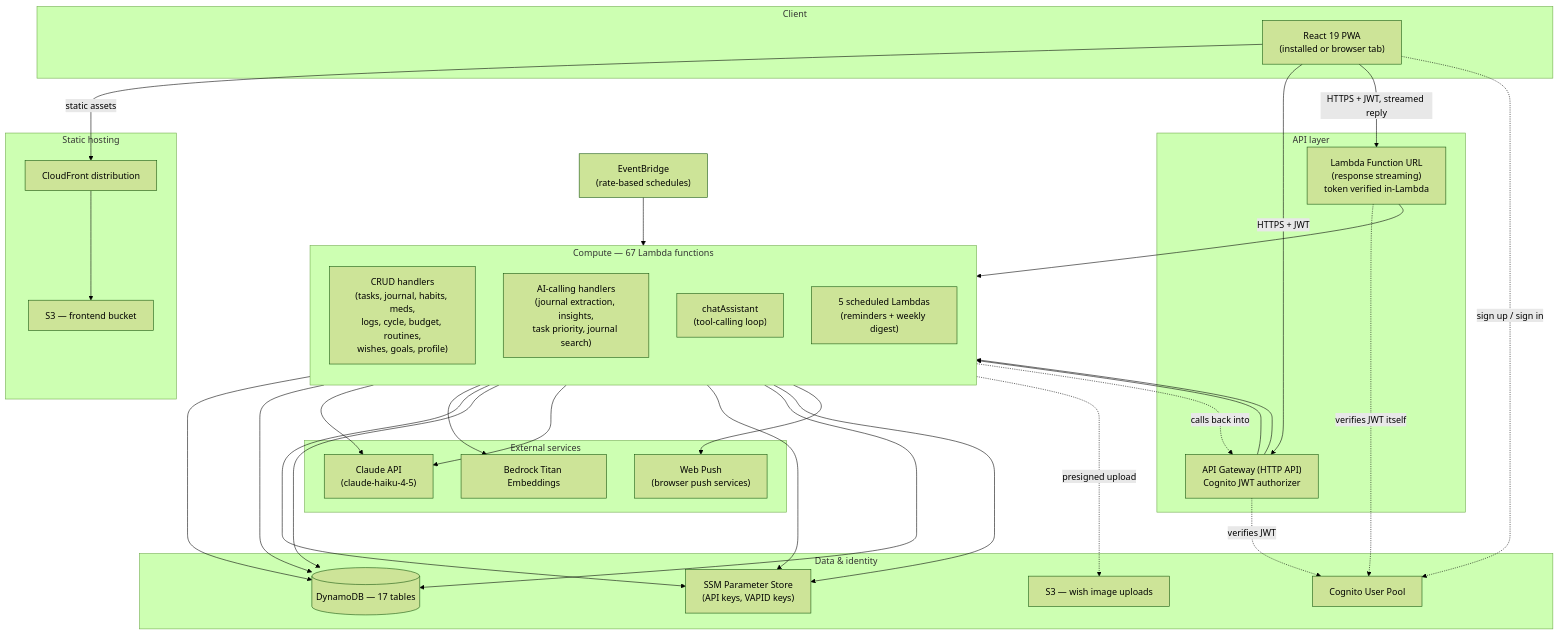
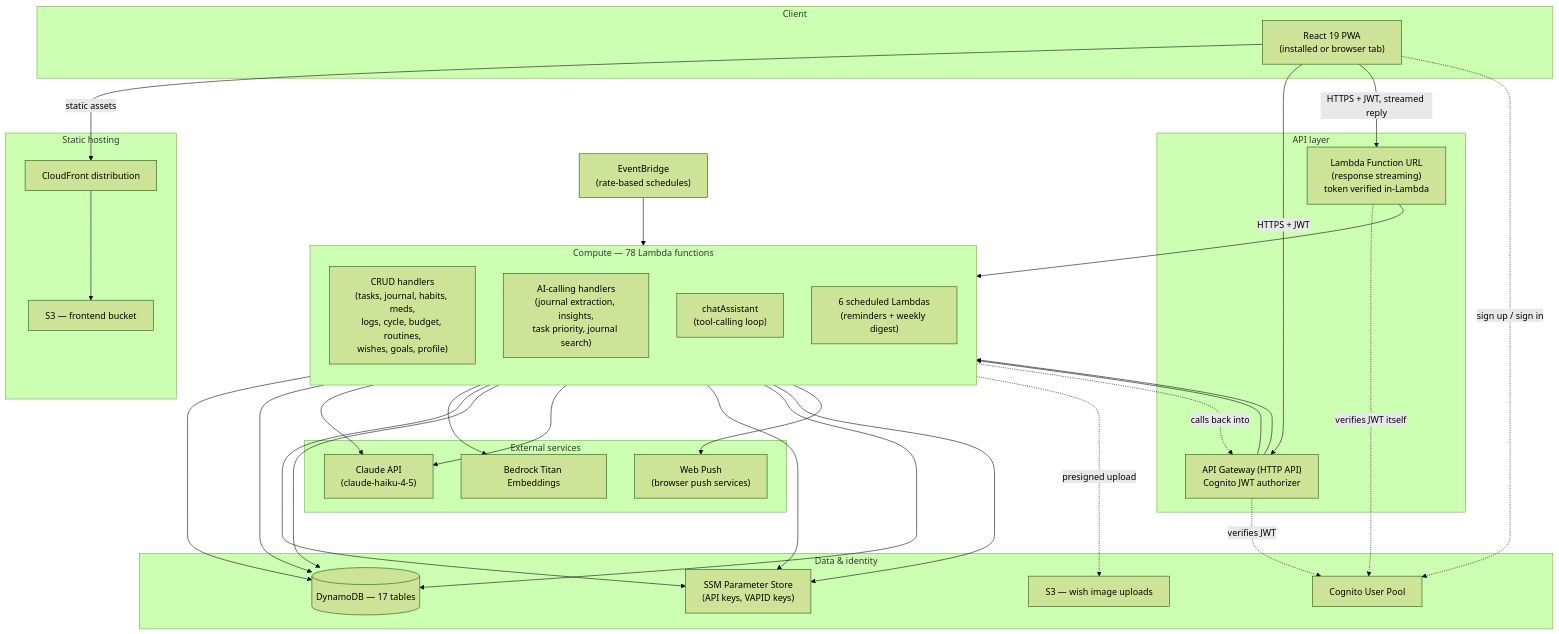
The diagram in docs/ARCHITECTURE.md (pragya0905/LifeOS), drawn with Mermaid (forest theme) before and after one commit. The commit also changed other lines of this file and 2 other files, not shown here.

First line of the commit message:
Docs: add Timeline, reminders, and additive-field updates; correct stale counts

````diff
--- a/docs/ARCHITECTURE.md
+++ b/docs/ARCHITECTURE.md
@@ -52,63 +52,63 @@
 ```mermaid
 flowchart TB
     subgraph Client
       PWA["React 19 PWA<br/>(installed or browser tab)"]
     end
 
     subgraph Edge["Static hosting"]
       CF["CloudFront distribution"]
       S3F["S3 — frontend bucket"]
     end
 
     subgraph API["API layer"]
       APIGW["API Gateway (HTTP API)<br/>Cognito JWT authorizer"]
       FURL["Lambda Function URL<br/>(response streaming)<br/>token verified in-Lambda"]
     end
 
-    subgraph Compute["Compute — 67 Lambda functions"]
+    subgraph Compute["Compute — 78 Lambda functions"]
       direction TB
       CRUD["CRUD handlers<br/>(tasks, journal, habits, meds,<br/>logs, cycle, budget, routines,<br/>wishes, goals, profile)"]
       AICALLS["AI-calling handlers<br/>(journal extraction, insights,<br/>task priority, journal search)"]
       ASSIST["chatAssistant<br/>(tool-calling loop)"]
-      SCHED["5 scheduled Lambdas<br/>(reminders + weekly digest)"]
+      SCHED["6 scheduled Lambdas<br/>(reminders + weekly digest)"]
     end
 
     subgraph Data["Data & identity"]
       DDB[("DynamoDB — 17 tables")]
       COGNITO["Cognito User Pool"]
       SSM["SSM Parameter Store<br/>(API keys, VAPID keys)"]
       S3W["S3 — wish image uploads"]
     end
 
     subgraph External["External services"]
       CLAUDE["Claude API<br/>(claude-haiku-4-5)"]
       BEDROCK["Bedrock Titan Embeddings"]
       PUSH["Web Push<br/>(browser push services)"]
     end
 
     EB["EventBridge<br/>(rate-based schedules)"]
 
     PWA -- static assets --> CF --> S3F
     PWA -- HTTPS + JWT --> APIGW
     PWA -- HTTPS + JWT, streamed reply --> FURL
     APIGW --> CRUD
     APIGW --> AICALLS
     FURL --> ASSIST
     CRUD --> DDB
     AICALLS --> DDB
     AICALLS --> CLAUDE
     AICALLS --> BEDROCK
     AICALLS --> SSM
     ASSIST --> DDB
     ASSIST --> CLAUDE
     ASSIST --> SSM
     ASSIST -. calls back into .-> APIGW
     PWA -. sign up / sign in .-> COGNITO
     APIGW -. verifies JWT .-> COGNITO
     FURL -. verifies JWT itself .-> COGNITO
     EB --> SCHED
     SCHED --> DDB
     SCHED --> SSM
     SCHED --> PUSH
     CRUD -. presigned upload .-> S3W
 ```
````
